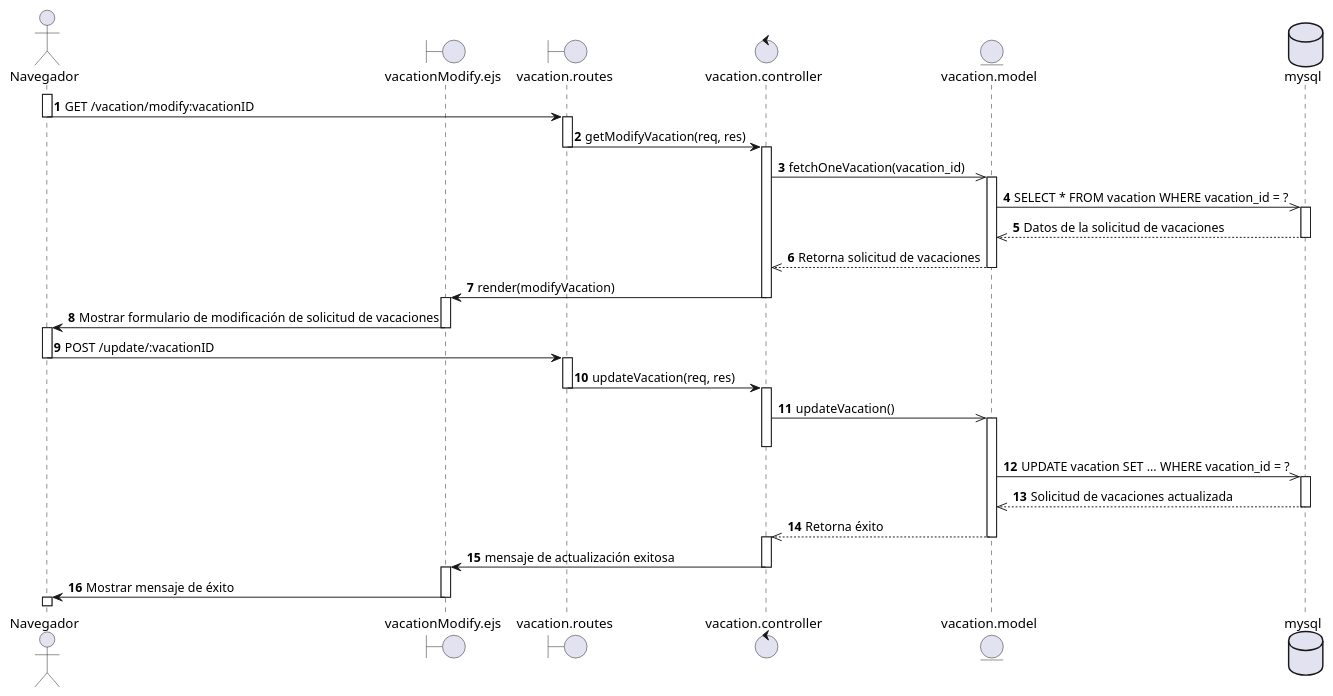
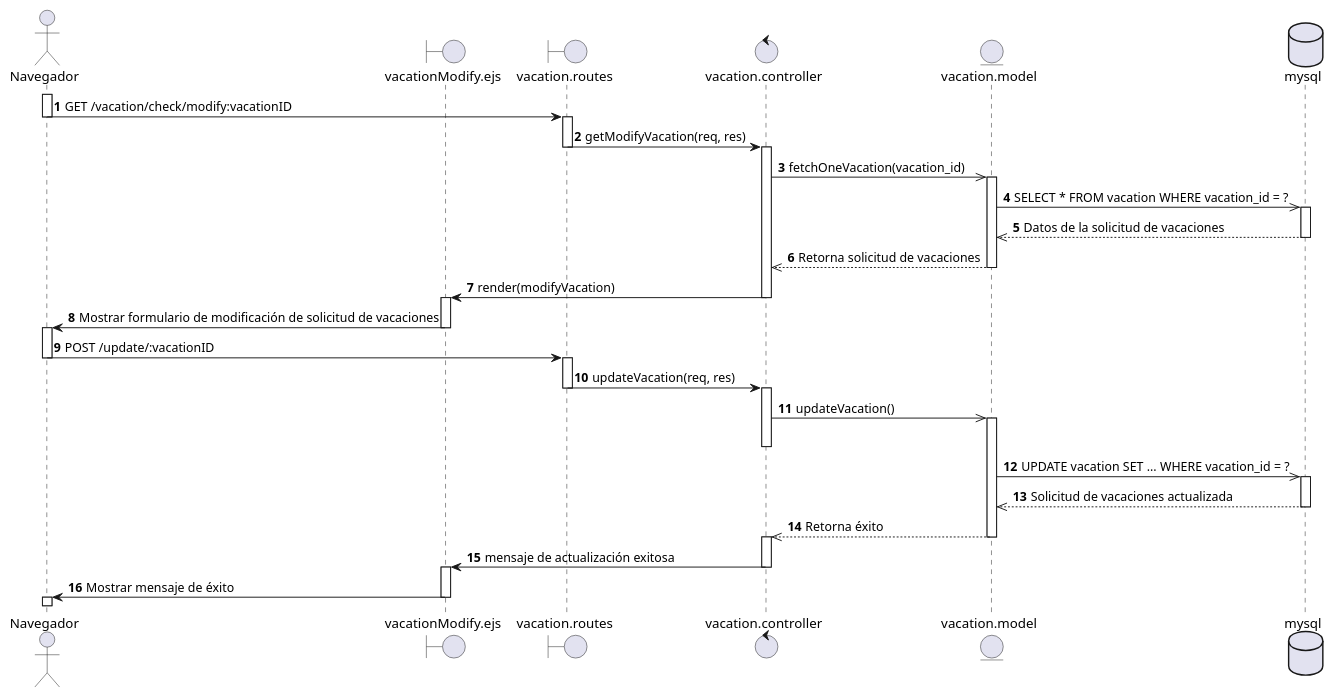
One commit to EdCanCe/WorkCells changed the diagram in diagrams/Casos de Uso/manu req fun/diagramas de secuencia/colaborador modifica soli vac.puml. Above: the diagram before and after it, drawn with PlantUML. The commit also changed 1 other file, not shown here.

Commit message:
diagrama sec modifica soli vac

```diff
--- a/diagrams/Casos de Uso/manu req fun/diagramas de secuencia/colaborador modifica soli vac.puml
+++ b/diagrams/Casos de Uso/manu req fun/diagramas de secuencia/colaborador modifica soli vac.puml
@@ -1,72 +1,72 @@
 @startuml
 actor Navegador
 boundary vacationModify.ejs
 boundary vacation.routes
 control vacation.controller
 entity vacation.model
 database mysql
 
 autonumber
 ' Inicio del flujo
 activate Navegador
-Navegador -> vacation.routes : GET /vacation/modify:vacationID
+Navegador -> vacation.routes : GET /vacation/check/modify:vacationID
 deactivate Navegador
 activate vacation.routes
 
 vacation.routes -> vacation.controller : getModifyVacation(req, res)
 deactivate vacation.routes
 activate vacation.controller
 
 vacation.controller ->> vacation.model : fetchOneVacation(vacation_id)
 activate vacation.model
 
 vacation.model ->> mysql : SELECT * FROM vacation WHERE vacation_id = ?
 activate mysql
 mysql -->> vacation.model : Datos de la solicitud de vacaciones
 deactivate mysql
 
 vacation.model -->> vacation.controller : Retorna solicitud de vacaciones
 deactivate vacation.model
 
 vacation.controller -> vacationModify.ejs : render(modifyVacation)
 deactivate vacation.controller
 activate vacationModify.ejs
 vacationModify.ejs -> Navegador : Mostrar formulario de modificación de solicitud de vacaciones
 deactivate vacationModify.ejs
 activate Navegador
 
 
 
 ' Navegador modifica la solicitud de vacaciones
 Navegador -> vacation.routes : POST /update/:vacationID
 deactivate Navegador
 activate vacation.routes
 
 vacation.routes -> vacation.controller : updateVacation(req, res)
 deactivate vacation.routes
 activate vacation.controller
 
 
 vacation.controller ->> vacation.model : updateVacation()
 activate vacation.model
 deactivate vacation.controller
 
 vacation.model ->> mysql : UPDATE vacation SET ... WHERE vacation_id = ?
 activate mysql
 mysql -->> vacation.model : Solicitud de vacaciones actualizada
 deactivate mysql
 
 vacation.model -->> vacation.controller : Retorna éxito
 deactivate vacation.model
 activate vacation.controller
 
 
 vacation.controller -> vacationModify.ejs : mensaje de actualización exitosa
 deactivate vacation.controller
 activate vacationModify.ejs
 vacationModify.ejs -> Navegador : Mostrar mensaje de éxito
 deactivate vacationModify.ejs
 activate Navegador
 deactivate Navegador
 
 @enduml
```
